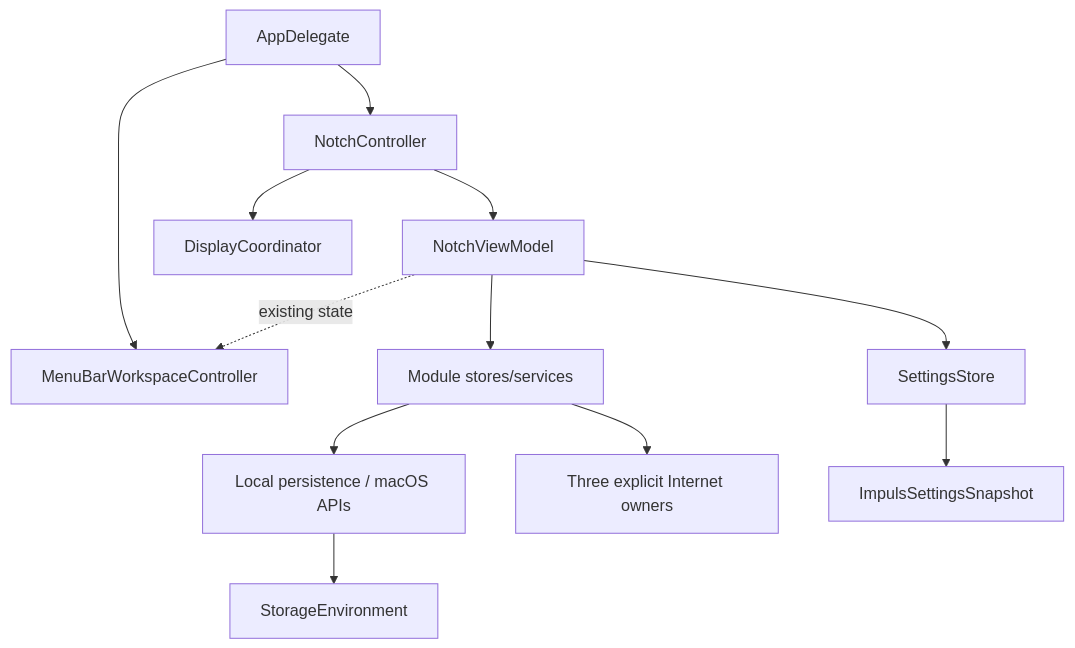
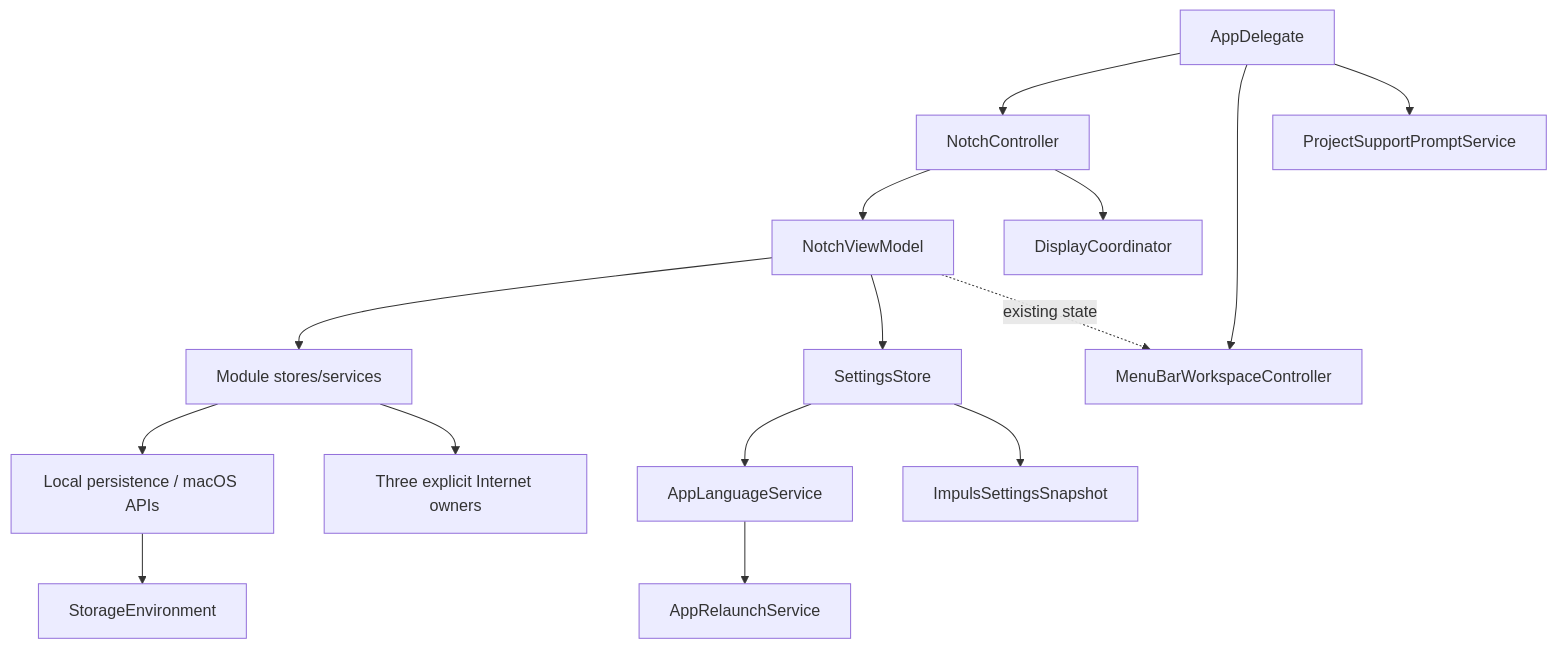
The diagram in knowledge-base/12-reference/core-type-reference.md (TumanovNV/impuls), drawn with Mermaid before and after one commit. The commit also changed other lines of this file, not shown here.

Commit message:
Document language relaunch and support core owners

````diff
--- a/knowledge-base/12-reference/core-type-reference.md
+++ b/knowledge-base/12-reference/core-type-reference.md
@@ -21,16 +21,19 @@
 ```mermaid
 flowchart TD
     APP[AppDelegate] --> CTRL[NotchController]
     APP --> MB[MenuBarWorkspaceController]
+    APP --> SUPPORT[ProjectSupportPromptService]
     CTRL --> VM[NotchViewModel]
     CTRL --> DISP[DisplayCoordinator]
     VM --> MOD[Module stores/services]
     VM --> SETTINGS[SettingsStore]
+    SETTINGS --> LANG[AppLanguageService]
+    LANG --> RELAUNCH[AppRelaunchService]
     VM -.existing state.-> MB
 
     MOD --> LOCAL[Local persistence / macOS APIs]
     MOD --> NET[Three explicit Internet owners]
 
     SETTINGS --> SNAP[ImpulsSettingsSnapshot]
     LOCAL --> ENV[StorageEnvironment]
 ```
````
